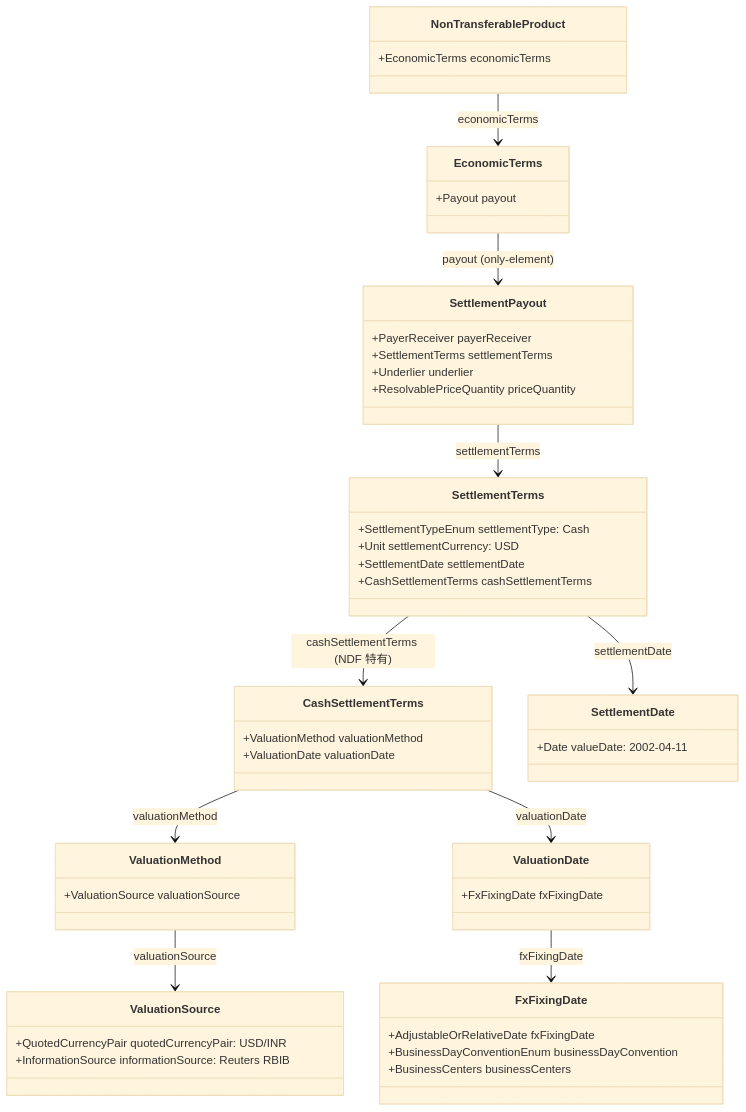
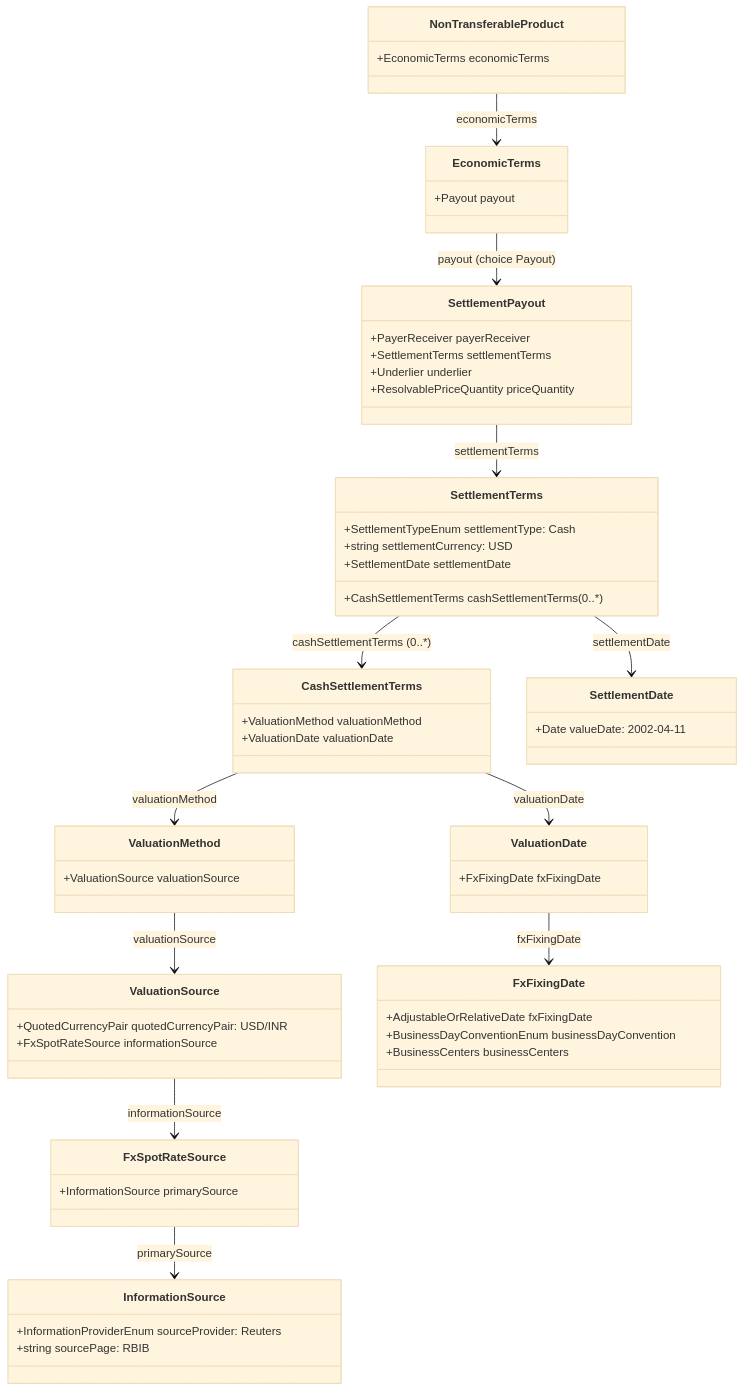
Before and after one commit to matsuuramasakazu/my_cdm_wiki: the third of 15 diagrams in cdm_wiki/concepts/fx_products_and_synthetic_forward.md, drawn with Mermaid (base theme). The commit also changed other lines of this file and 2 other files, not shown here.

````diff
--- a/cdm_wiki/concepts/fx_products_and_synthetic_forward.md
+++ b/cdm_wiki/concepts/fx_products_and_synthetic_forward.md
@@ -195,53 +203,62 @@
 ```mermaid
 classDiagram
     class NonTransferableProduct {
         +EconomicTerms economicTerms
     }
     class EconomicTerms {
         +Payout payout
     }
     class SettlementPayout {
         +PayerReceiver payerReceiver
         +SettlementTerms settlementTerms
         +Underlier underlier
         +ResolvablePriceQuantity priceQuantity
     }
     class SettlementTerms {
         +SettlementTypeEnum settlementType: Cash
-        +Unit settlementCurrency: USD
+        +string settlementCurrency: USD
         +SettlementDate settlementDate
-        +CashSettlementTerms cashSettlementTerms
+        +CashSettlementTerms cashSettlementTerms (0..*)
     }
     class CashSettlementTerms {
         +ValuationMethod valuationMethod
         +ValuationDate valuationDate
     }
     class ValuationMethod {
         +ValuationSource valuationSource
     }
     class ValuationSource {
         +QuotedCurrencyPair quotedCurrencyPair: USD/INR
-        +InformationSource informationSource: Reuters RBIB
+        +FxSpotRateSource informationSource
+    }
+    class FxSpotRateSource {
+        +InformationSource primarySource
+    }
+    class InformationSource {
+        +InformationProviderEnum sourceProvider: Reuters
+        +string sourcePage: RBIB
     }
     class ValuationDate {
         +FxFixingDate fxFixingDate
     }
     class FxFixingDate {
         +AdjustableOrRelativeDate fxFixingDate
         +BusinessDayConventionEnum businessDayConvention
         +BusinessCenters businessCenters
     }
     class SettlementDate {
         +Date valueDate: 2002-04-11
     }
 
     NonTransferableProduct --> EconomicTerms : economicTerms
-    EconomicTerms --> SettlementPayout : payout (only-element)
+    EconomicTerms --> SettlementPayout : payout (choice Payout)
     SettlementPayout --> SettlementTerms : settlementTerms
     SettlementTerms --> SettlementDate : settlementDate
-    SettlementTerms --> CashSettlementTerms : cashSettlementTerms (NDF 特有)
+    SettlementTerms --> CashSettlementTerms : cashSettlementTerms (0..*)
     CashSettlementTerms --> ValuationMethod : valuationMethod
     ValuationMethod --> ValuationSource : valuationSource
+    ValuationSource --> FxSpotRateSource : informationSource
+    FxSpotRateSource --> InformationSource : primarySource
     CashSettlementTerms --> ValuationDate : valuationDate
     ValuationDate --> FxFixingDate : fxFixingDate
 ```
````
